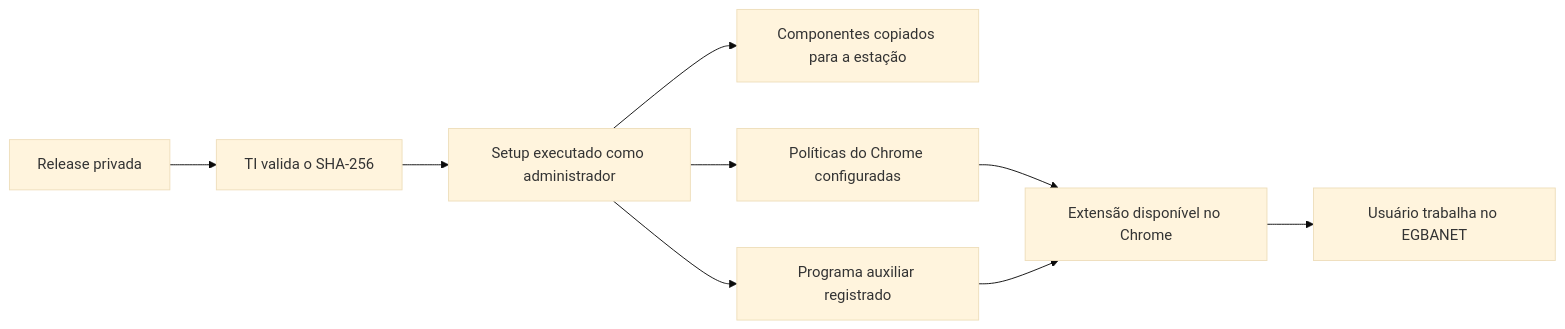
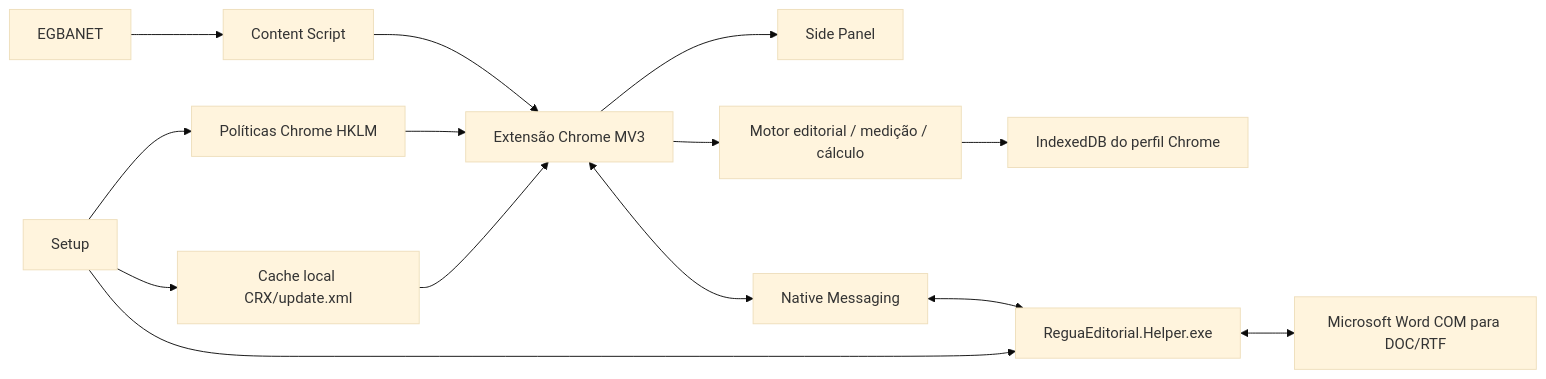
One commit to guedesle/regua-municipios-a-vista changed the diagram in docs/05-ARQUITETURA-DE-DISTRIBUICAO.md. Above: the diagram before and after it, drawn with Mermaid (base theme). The commit also changed other lines of this file, not shown here.

````diff
--- a/docs/05-ARQUITETURA-DE-DISTRIBUICAO.md
+++ b/docs/05-ARQUITETURA-DE-DISTRIBUICAO.md
@@ -48,11 +72,16 @@
 ```mermaid
 flowchart LR
-    A[Release privada] --> B[TI valida o SHA-256]
-    B --> C[Setup executado como administrador]
-    C --> D[Componentes copiados para a estação]
-    C --> E[Políticas do Chrome configuradas]
-    C --> F[Programa auxiliar registrado]
-    E --> G[Extensão disponível no Chrome]
-    F --> G
-    G --> H[Usuário trabalha no EGBANET]
+    A[EGBANET] --> B[Content Script]
+    B --> C[Extensão Chrome MV3]
+    C --> D[Side Panel]
+    C --> E[Motor editorial / medição / cálculo]
+    E --> F[IndexedDB do perfil Chrome]
+    C <--> G[Native Messaging]
+    G <--> H[ReguaEditorial.Helper.exe]
+    H <--> I[Microsoft Word COM para DOC/RTF]
+    J[Setup] --> K[Políticas Chrome HKLM]
+    J --> H
+    J --> L[Cache local CRX/update.xml]
+    K --> C
+    L --> C
 ```
````
